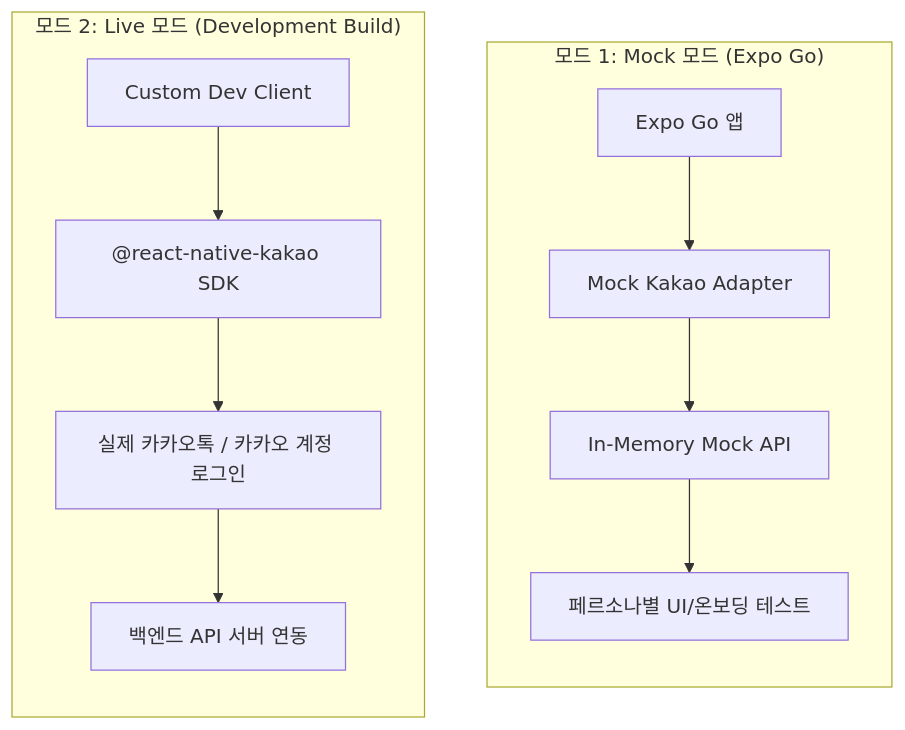
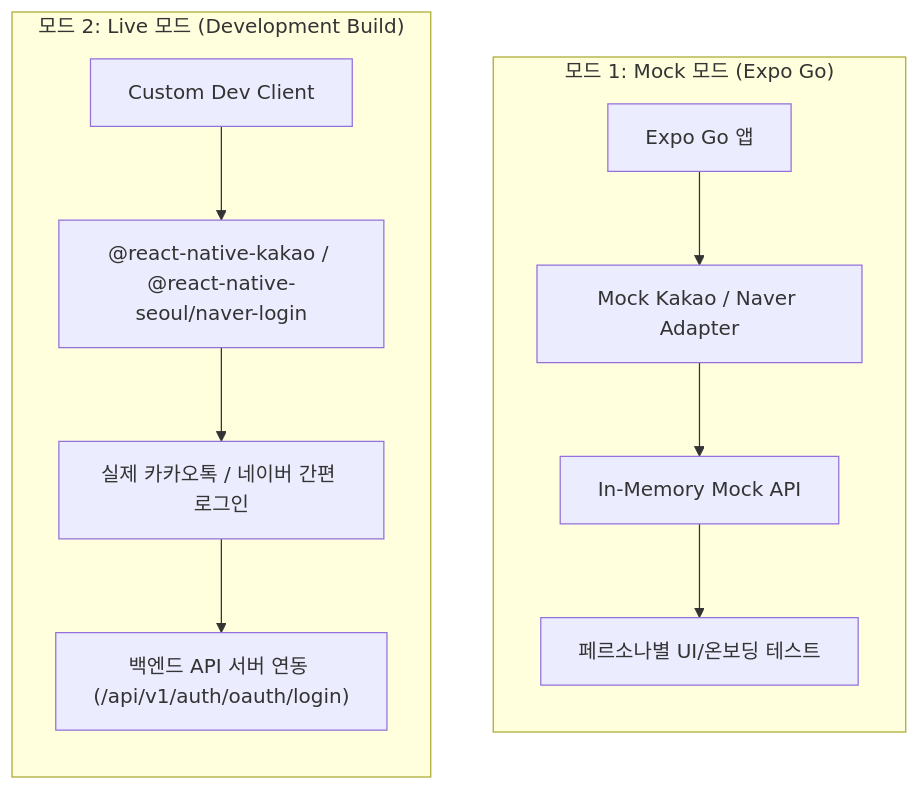
Before and after one commit to Beyond-Imagination/goto-fe: the diagram in README.md, drawn with Mermaid. The commit also changed other lines of this file and 1 other file, not shown here.

Commit message:
docs: 네이버 소셜 로그인 설정 및 환경 변수 가이드 문서화

````diff
--- a/README.md
+++ b/README.md
@@ -28,16 +28,16 @@
 ```mermaid
 flowchart TD
     subgraph Mock_Mode ["모드 1: Mock 모드 (Expo Go)"]
         direction TB
-        A1["Expo Go 앱"] --> B1["Mock Kakao Adapter"]
+        A1["Expo Go 앱"] --> B1["Mock Kakao / Naver Adapter"]
         B1 --> C1["In-Memory Mock API"]
         C1 --> D1["페르소나별 UI/온보딩 테스트"]
     end
 
     subgraph Live_Mode ["모드 2: Live 모드 (Development Build)"]
         direction TB
-        A2["Custom Dev Client"] --> B2["@react-native-kakao SDK"]
-        B2 --> C2["실제 카카오톡 / 카카오 계정 로그인"]
-        C2 --> D2["백엔드 API 서버 연동"]
+        A2["Custom Dev Client"] --> B2["@react-native-kakao / @react-native-seoul/naver-login"]
+        B2 --> C2["실제 카카오톡 / 네이버 간편 로그인"]
+        C2 --> D2["백엔드 API 서버 연동 (/api/v1/auth/oauth/login)"]
     end
 ```
````
